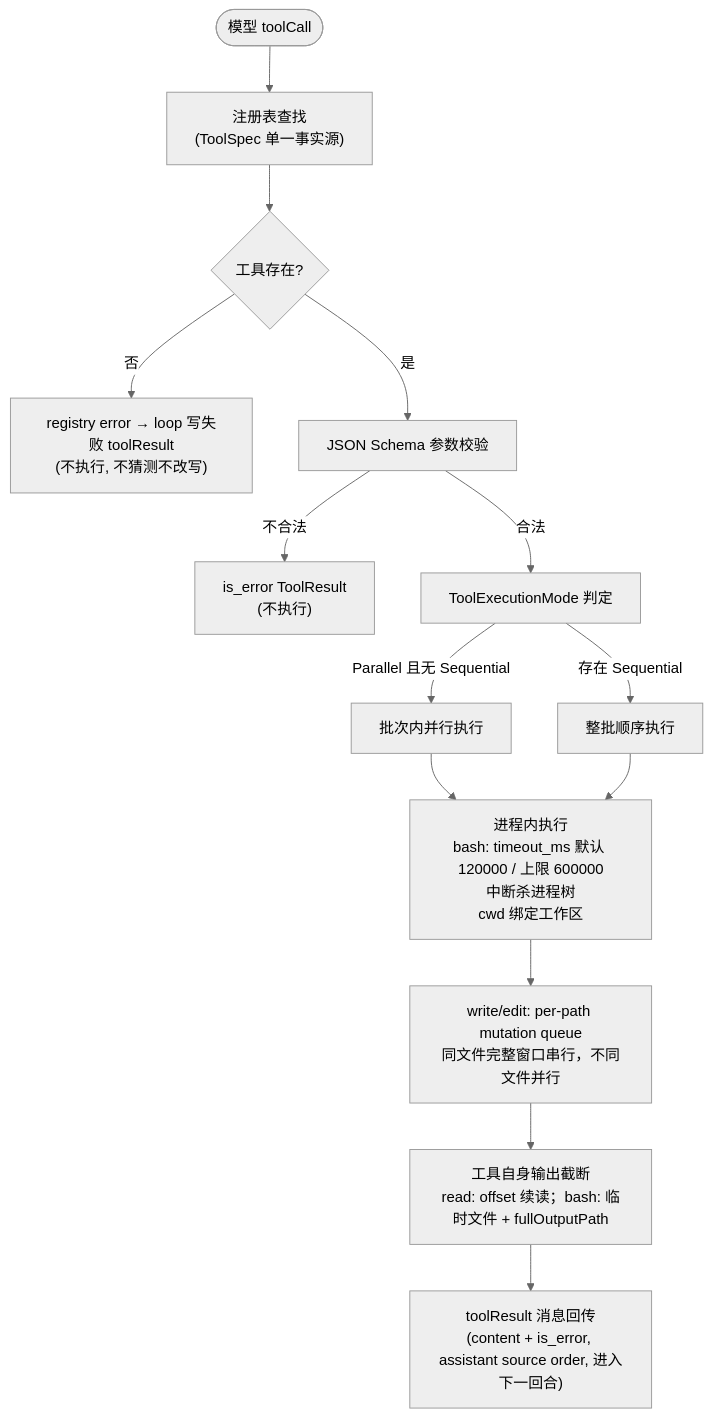
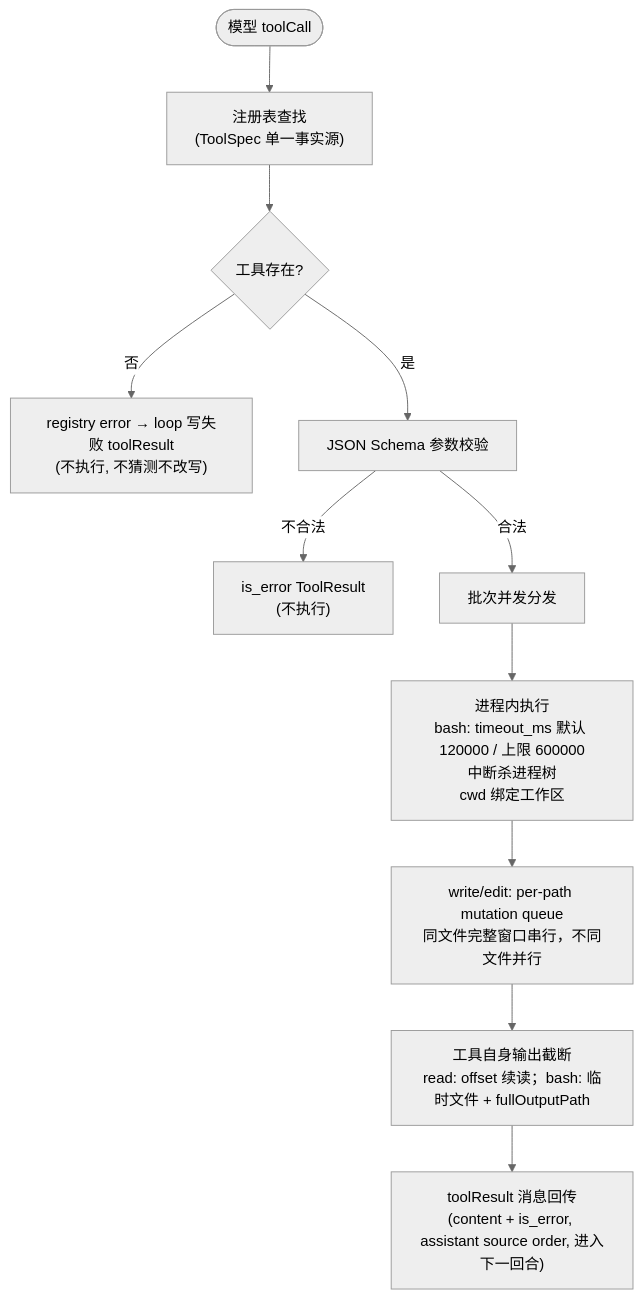
One commit to qjcnmd/singularity-agent changed the fourth of 7 diagrams in docs/singularity.md. Above: the diagram before and after it, drawn with Mermaid (neutral theme). The commit also changed other lines of this file and 36 other files, not shown here.

````diff
--- a/docs/singularity.md
+++ b/docs/singularity.md
@@ -142,16 +142,13 @@
 ```mermaid
 flowchart TD
     A(["模型 toolCall"]) --> B["注册表查找<br/>(ToolSpec 单一事实源)"]
     B --> C{"工具存在?"}
     C -- 否 --> R1["registry error → loop 写失败 toolResult<br/>(不执行, 不猜测不改写)"]
     C -- 是 --> D["JSON Schema 参数校验"]
     D -- "不合法" --> R2["is_error ToolResult<br/>(不执行)"]
-    D -- "合法" --> E2["ToolExecutionMode 判定"]
-    E2 -- "Parallel 且无 Sequential" --> F1["批次内并行执行"]
-    E2 -- "存在 Sequential" --> F2["整批顺序执行"]
+    D -- "合法" --> F1["批次并发分发"]
     F1 --> F["进程内执行<br/>bash: timeout_ms 默认 120000 / 上限 600000<br/>中断杀进程树<br/>cwd 绑定工作区"]
-    F2 --> F
     F --> G["write/edit: per-path mutation queue<br/>同文件完整窗口串行，不同文件并行"]
     G --> H["工具自身输出截断<br/>read: offset 续读；bash: 临时文件 + fullOutputPath"]
     H --> I["toolResult 消息回传<br/>(content + is_error, assistant source order, 进入下一回合)"]
 ```
````
